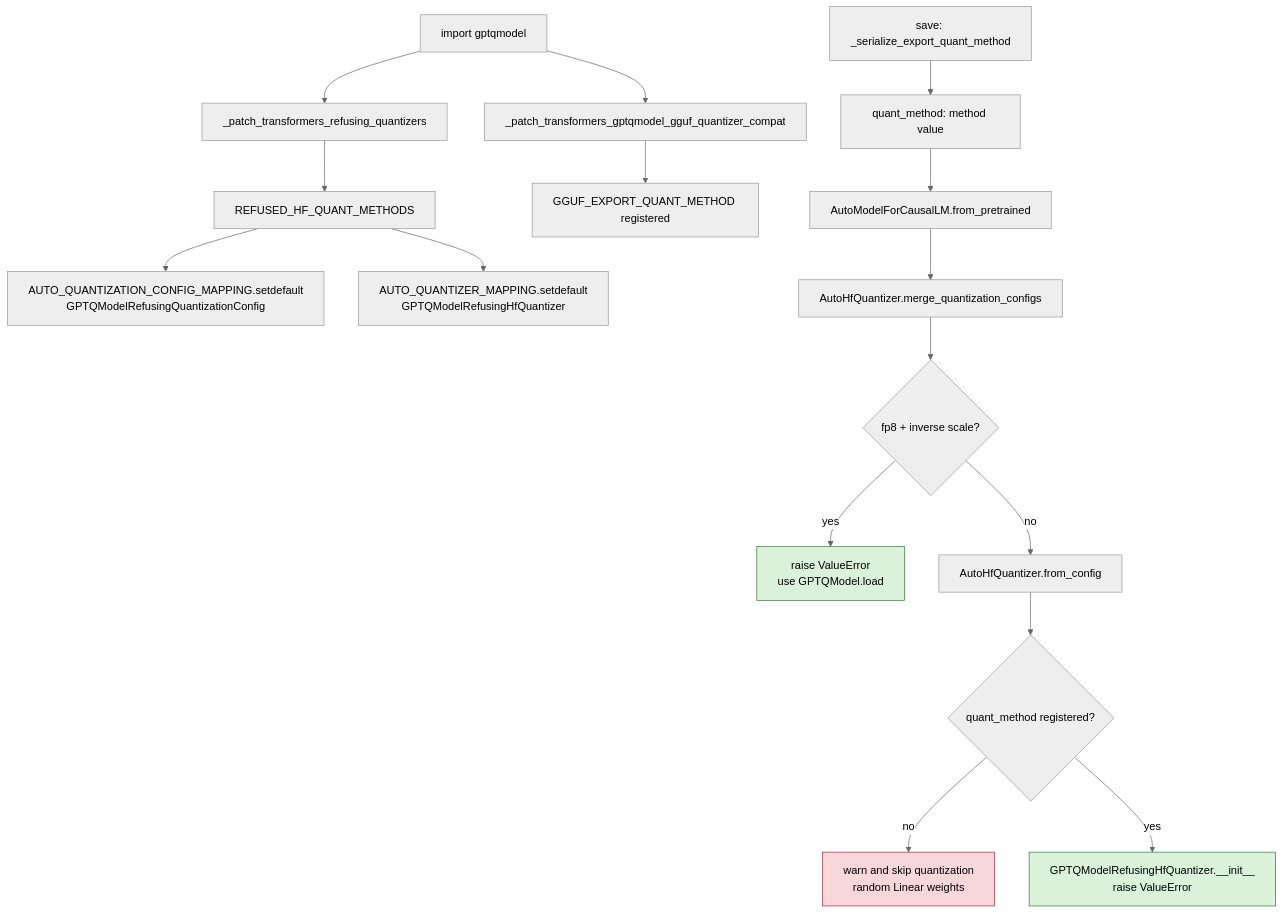
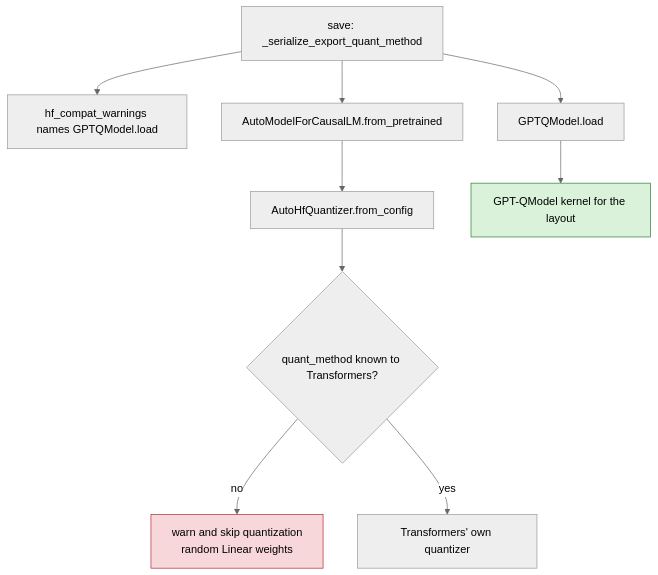
Before and after one commit to ModelCloud/GPTQModel: the fifth of 6 diagrams in docs/hf-interop.md, drawn with Mermaid (neutral theme). The commit also changed other lines of this file and 2458 other files, not shown here.

First line of the commit message:
Port every supported model onto the Transformers 5.23 ABI; never patch Transformers (#4620)

````diff
--- a/docs/hf-interop.md
+++ b/docs/hf-interop.md
@@ -415,21 +161,13 @@
 ```mermaid
 flowchart TD
-    A["import gptqmodel"] --> B["_patch_transformers_refusing_quantizers"]
-    B --> C["REFUSED_HF_QUANT_METHODS"]
-    C --> D["AUTO_QUANTIZATION_CONFIG_MAPPING.setdefault<br/>GPTQModelRefusingQuantizationConfig"]
-    C --> E["AUTO_QUANTIZER_MAPPING.setdefault<br/>GPTQModelRefusingHfQuantizer"]
-    A --> F["_patch_transformers_gptqmodel_gguf_quantizer_compat"]
-    F --> F2["GGUF_EXPORT_QUANT_METHOD registered"]
-    S["save: _serialize_export_quant_method"] --> S5["quant_method: method value"]
-    S5 --> G
-    G["AutoModelForCausalLM.from_pretrained"] --> H["AutoHfQuantizer.merge_quantization_configs"]
-    H --> H2{"fp8 + inverse scale?"}
-    H2 -- yes --> K2["raise ValueError<br/>use GPTQModel.load"]
-    H2 -- no --> H3["AutoHfQuantizer.from_config"]
-    H3 --> I{"quant_method registered?"}
+    S["save: _serialize_export_quant_method"] --> W["hf_compat_warnings names GPTQModel.load"]
+    S --> G["AutoModelForCausalLM.from_pretrained"]
+    G --> H["AutoHfQuantizer.from_config"]
+    H --> I{"quant_method known to Transformers?"}
     I -- no --> J["warn and skip quantization<br/>random Linear weights"]
-    I -- yes --> K["GPTQModelRefusingHfQuantizer.__init__<br/>raise ValueError"]
+    I -- yes --> K["Transformers' own quantizer"]
+    S --> L["GPTQModel.load"]
+    L --> M["GPT-QModel kernel for the layout"]
     style J fill:#f8d7da,stroke:#b02a37
-    style K fill:#d9f2d9,stroke:#2e7d32
-    style K2 fill:#d9f2d9,stroke:#2e7d32
+    style M fill:#d9f2d9,stroke:#2e7d32
 ```
````
